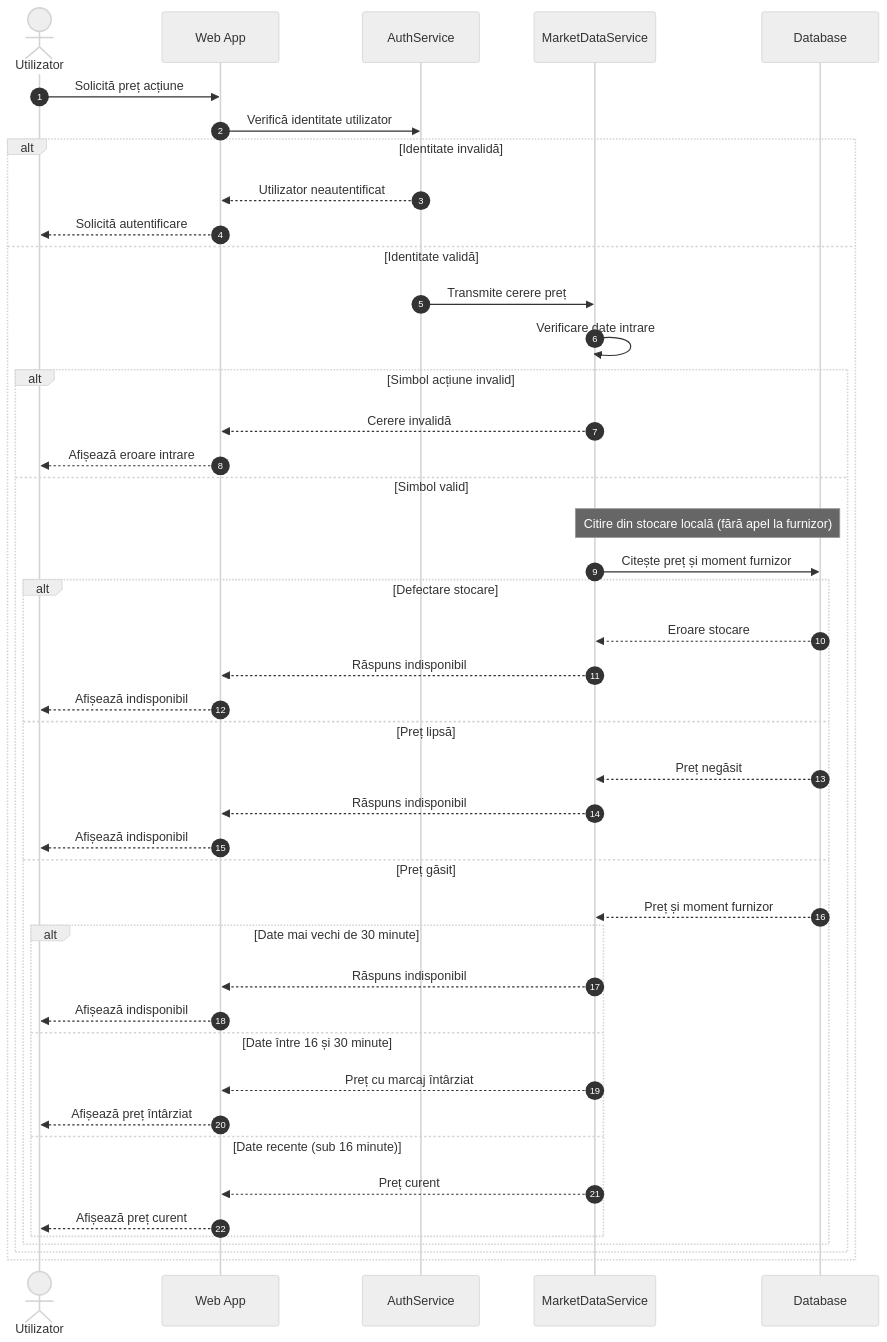
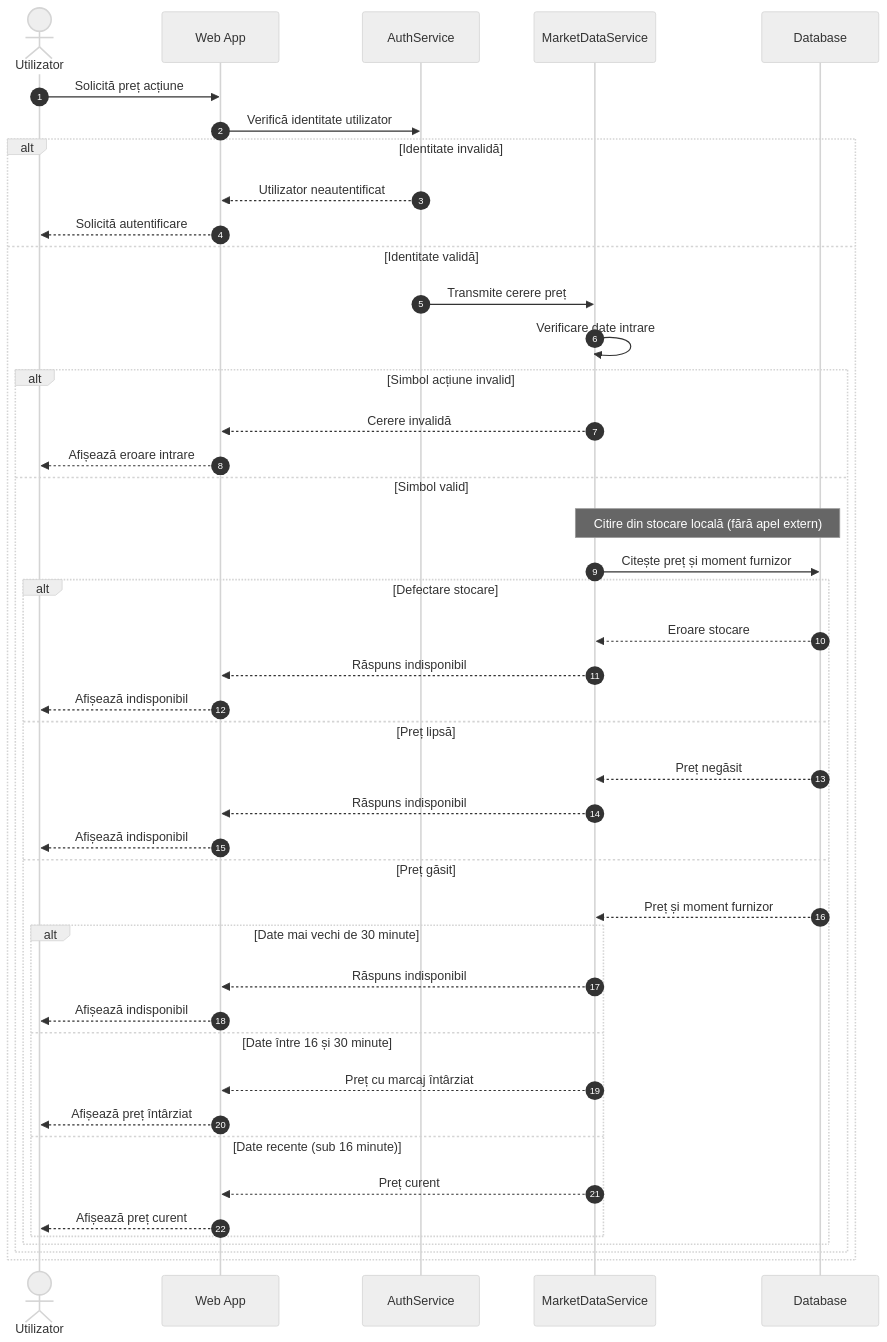
Before and after one commit to victor10520/system-design-labs: the fifth of 6 diagrams in SD/lab 3/README.md, drawn with Mermaid (neutral theme). The commit also changed other lines of this file and 1 other file, not shown here.

Commit message:
update lab3 and lab4 with separate market data collector container

````diff
--- a/SD/lab 3/README.md
+++ b/SD/lab 3/README.md
@@ -185,49 +168,49 @@
 ```mermaid
 sequenceDiagram
     autonumber
     actor User as Utilizator
     participant Web as Web App
     participant Auth as AuthService
     participant Market as MarketDataService
     participant DB as Database
 
     User->>Web: Solicită preț acțiune
     Web->>Auth: Verifică identitate utilizator
     
     alt Identitate invalidă
         Auth-->>Web: Utilizator neautentificat
         Web-->>User: Solicită autentificare
     else Identitate validă
         Auth->>Market: Transmite cerere preț
         Market->>Market: Verificare date intrare
         alt Simbol acțiune invalid
             Market-->>Web: Cerere invalidă
             Web-->>User: Afișează eroare intrare
         else Simbol valid
-            Note over Market,DB: Citire din stocare locală (fără apel la furnizor)
+            Note over Market,DB: Citire din stocare locală (fără apel extern)
             Market->>DB: Citește preț și moment furnizor
             
             alt Defectare stocare
                 DB-->>Market: Eroare stocare
                 Market-->>Web: Răspuns indisponibil
                 Web-->>User: Afișează indisponibil
             else Preț lipsă
                 DB-->>Market: Preț negăsit
                 Market-->>Web: Răspuns indisponibil
                 Web-->>User: Afișează indisponibil
             else Preț găsit
                 DB-->>Market: Preț și moment furnizor
                 alt Date mai vechi de 30 minute
                     Market-->>Web: Răspuns indisponibil
                     Web-->>User: Afișează indisponibil
                 else Date între 16 și 30 minute
                     Market-->>Web: Preț cu marcaj întârziat
                     Web-->>User: Afișează preț întârziat
                 else Date recente (sub 16 minute)
                     Market-->>Web: Preț curent
                     Web-->>User: Afișează preț curent
                 end
             end
         end
     end
 ```
````
